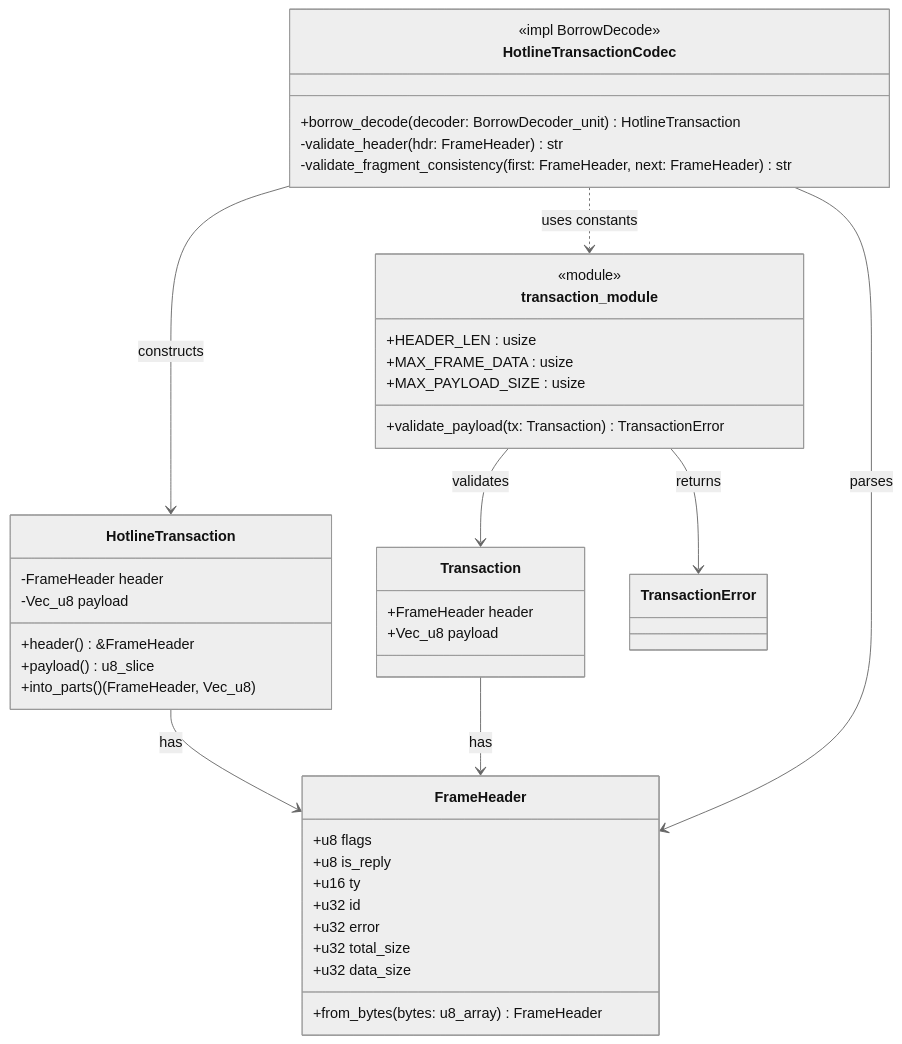
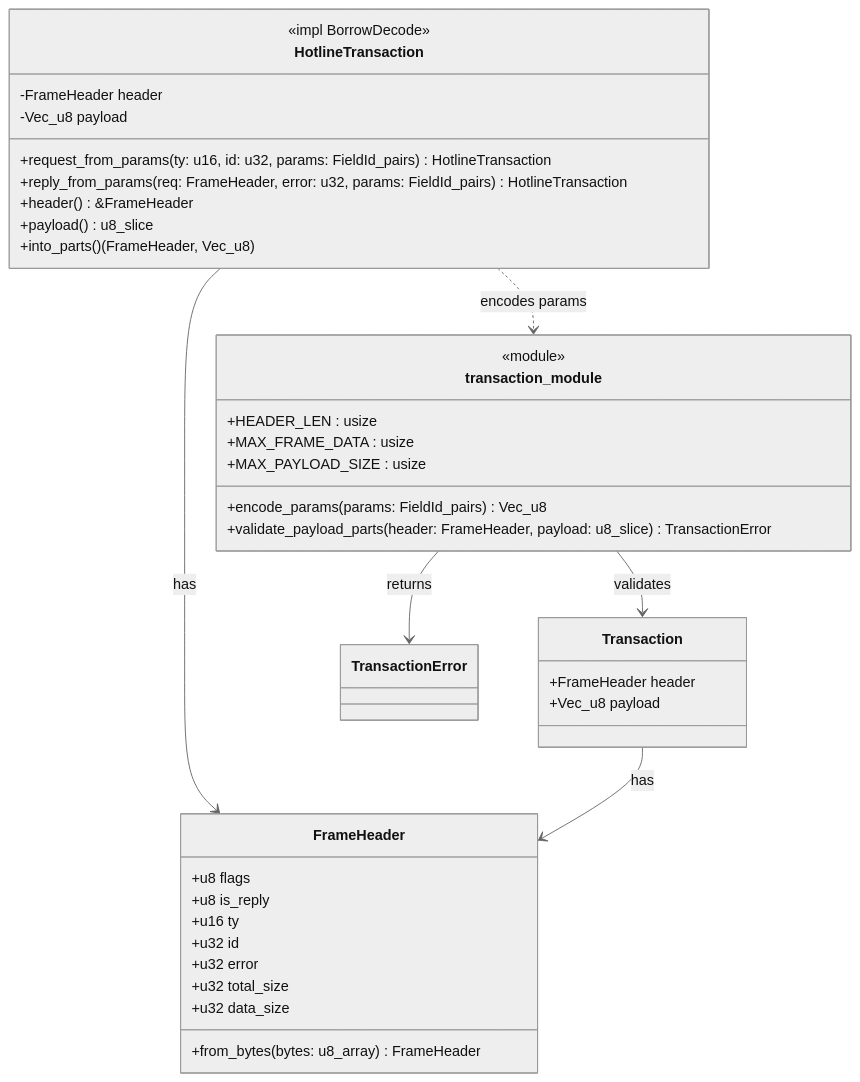
Before and after one commit to leynos/mxd: the fourth of 4 diagrams in docs/design.md, drawn with Mermaid (neutral theme). The commit also changed other lines of this file and 10 other files, not shown here.

````diff
--- a/docs/design.md
+++ b/docs/design.md
@@ -470,52 +495,48 @@
 ```mermaid
 classDiagram
     class FrameHeader {
         +u8 flags
         +u8 is_reply
         +u16 ty
         +u32 id
         +u32 error
         +u32 total_size
         +u32 data_size
         +from_bytes(bytes: u8_array) FrameHeader
     }
 
     class HotlineTransaction {
+        <<impl BorrowDecode>>
+        <<impl Encode>>
         -FrameHeader header
         -Vec_u8 payload
+        +request_from_params(ty: u16, id: u32, params: FieldId_pairs) HotlineTransaction
+        +reply_from_params(req: FrameHeader, error: u32, params: FieldId_pairs) HotlineTransaction
         +header() &FrameHeader
         +payload() u8_slice
         +into_parts() (FrameHeader, Vec_u8)
     }
 
     class Transaction {
         +FrameHeader header
         +Vec_u8 payload
     }
 
     class TransactionError {
     }
 
     class transaction_module {
         <<module>>
         +HEADER_LEN : usize
         +MAX_FRAME_DATA : usize
         +MAX_PAYLOAD_SIZE : usize
-        +validate_payload(tx: Transaction) TransactionError
-    }
-
-    class HotlineTransactionCodec {
-        <<impl BorrowDecode>>
-        +borrow_decode(decoder: BorrowDecoder_unit) HotlineTransaction
-        -validate_header(hdr: FrameHeader) str
-        -validate_fragment_consistency(first: FrameHeader, next: FrameHeader) str
+        +encode_params(params: FieldId_pairs) Vec_u8
+        +validate_payload_parts(header: FrameHeader, payload: u8_slice) TransactionError
     }
 
     HotlineTransaction --> FrameHeader : has
     Transaction --> FrameHeader : has
     transaction_module --> Transaction : validates
     transaction_module --> TransactionError : returns
-    HotlineTransactionCodec --> HotlineTransaction : constructs
-    HotlineTransactionCodec --> FrameHeader : parses
-    HotlineTransactionCodec ..> transaction_module : uses constants
+    HotlineTransaction ..> transaction_module : encodes params
 ```
````
